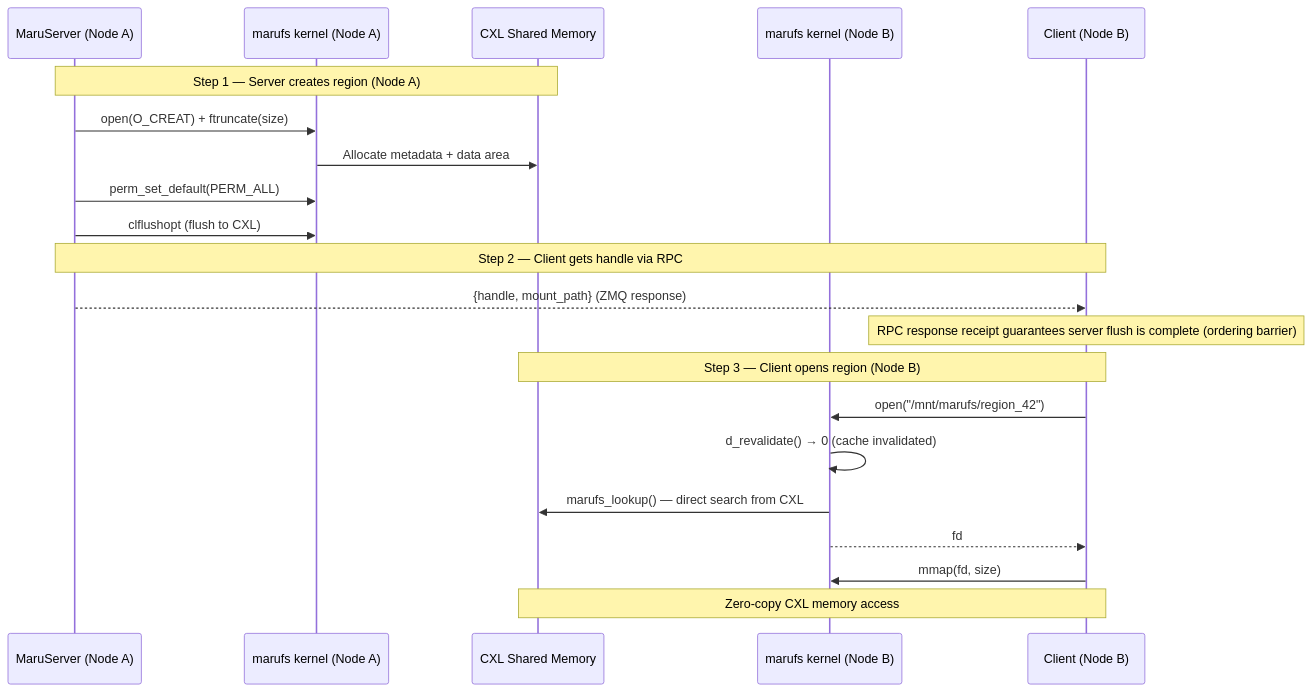
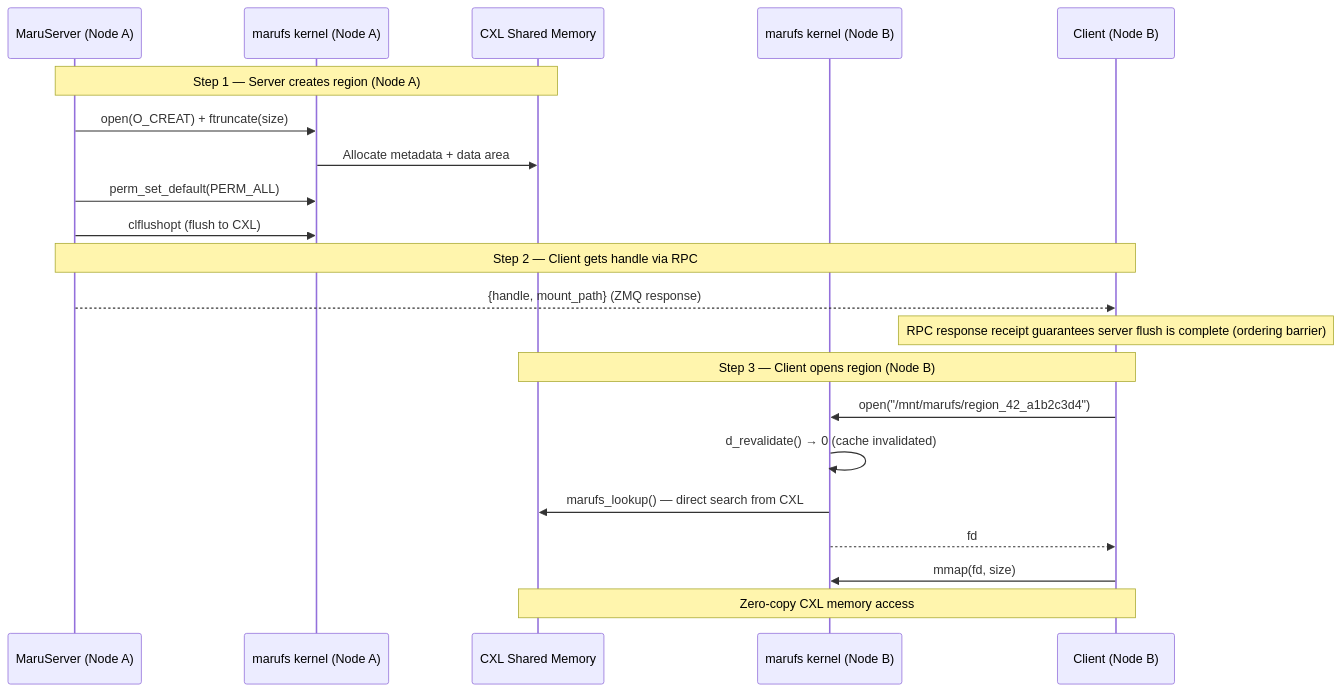
Before and after one commit to xcena-dev/maru: the eighth of 8 diagrams in docs/source/design_doc/maru_fs.md, drawn with Mermaid. The commit also changed other lines of this file and 1 other file, not shown here.

First line of the commit message:
docs: update design docs for UUID region naming, O_EXCL, mount validation

````diff
--- a/docs/source/design_doc/maru_fs.md
+++ b/docs/source/design_doc/maru_fs.md
@@ -390,26 +396,26 @@
 ```mermaid
 sequenceDiagram
     participant S as MaruServer (Node A)
     participant K_A as marufs kernel (Node A)
     participant CXL as CXL Shared Memory
     participant K_B as marufs kernel (Node B)
     participant C as Client (Node B)
 
     Note over S,CXL: Step 1 — Server creates region (Node A)
     S->>K_A: open(O_CREAT) + ftruncate(size)
     K_A->>CXL: Allocate metadata + data area
     S->>K_A: perm_set_default(PERM_ALL)
     S->>K_A: clflushopt (flush to CXL)
 
     Note over S,C: Step 2 — Client gets handle via RPC
     S-->>C: {handle, mount_path} (ZMQ response)
     Note over C: RPC response receipt guarantees server flush is complete (ordering barrier)
 
     Note over C,CXL: Step 3 — Client opens region (Node B)
-    C->>K_B: open("/mnt/marufs/region_42")
+    C->>K_B: open("/mnt/marufs/region_42_a1b2c3d4")
     K_B->>K_B: d_revalidate() → 0 (cache invalidated)
     K_B->>CXL: marufs_lookup() — direct search from CXL
     K_B-->>C: fd
     C->>K_B: mmap(fd, size)
     Note over C,CXL: Zero-copy CXL memory access
 ```
````
